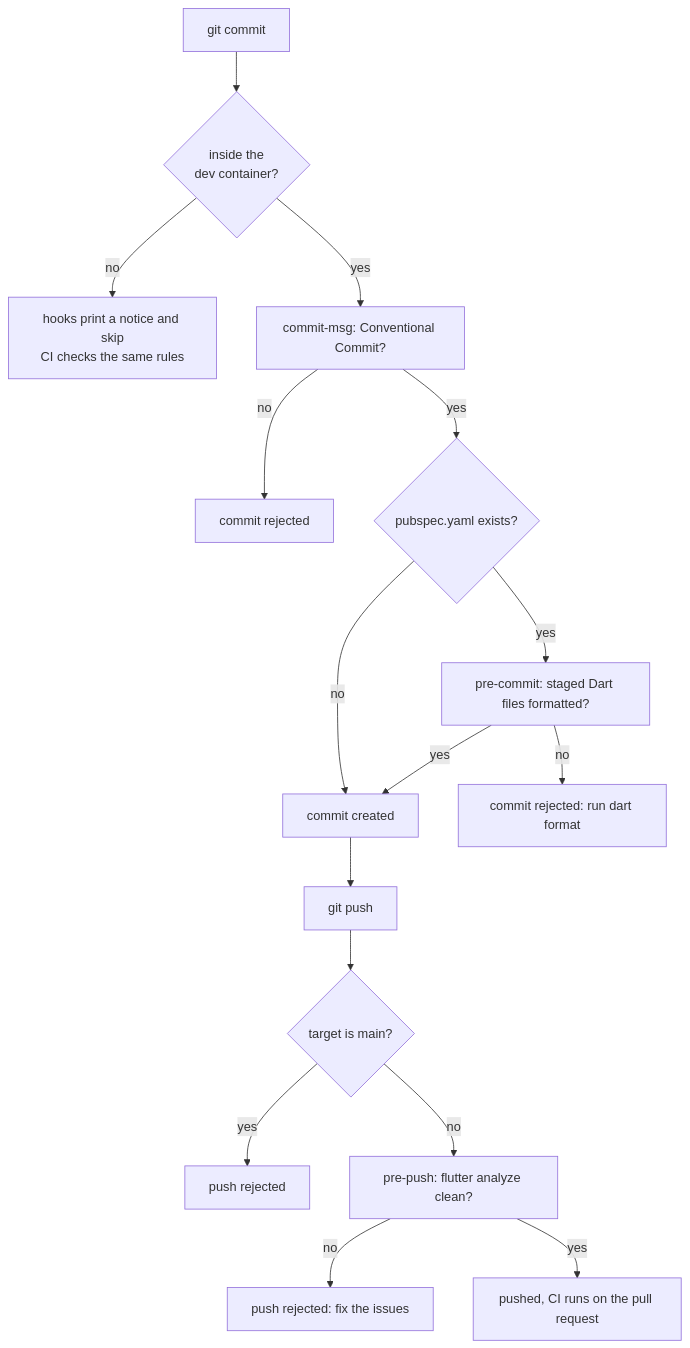
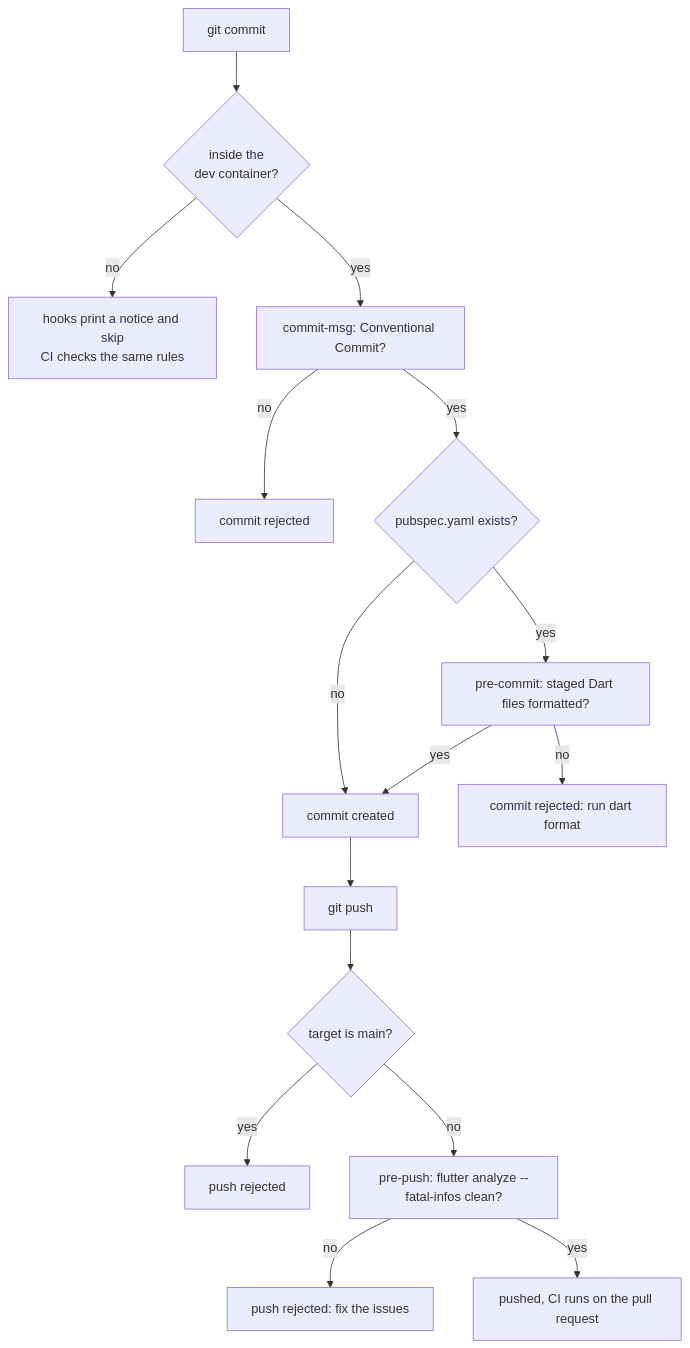
One commit to alihaidar0/flutter-template changed the seventh of 12 diagrams in README.md. Above: the diagram before and after it, drawn with Mermaid. The commit also changed other lines of this file and 6 other files, not shown here.

First line of the commit message:
fix: align labels, pre-push and format check with the first run

````diff
--- a/README.md
+++ b/README.md
@@ -544,18 +558,18 @@
 ```mermaid
 flowchart TD
     C["git commit"] --> IN{"inside the<br/>dev container?"}
     IN -- no --> SK["hooks print a notice and skip<br/>CI checks the same rules"]
     IN -- yes --> M["commit-msg: Conventional Commit?"]
     M -- no --> X1["commit rejected"]
     M -- yes --> P{"pubspec.yaml exists?"}
     P -- no --> OK["commit created"]
     P -- yes --> F["pre-commit: staged Dart files formatted?"]
     F -- no --> X2["commit rejected: run dart format"]
     F -- yes --> OK
     OK --> PU["git push"]
     PU --> MN{"target is main?"}
     MN -- yes --> X3["push rejected"]
-    MN -- no --> AN["pre-push: flutter analyze clean?"]
+    MN -- no --> AN["pre-push: flutter analyze --fatal-infos clean?"]
     AN -- no --> X4["push rejected: fix the issues"]
     AN -- yes --> DONE["pushed, CI runs on the pull request"]
 ```
````
